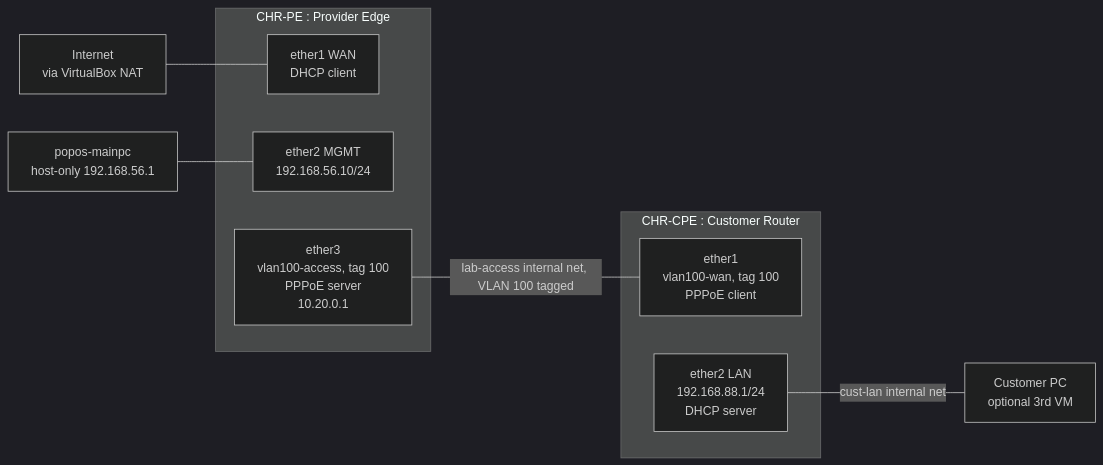
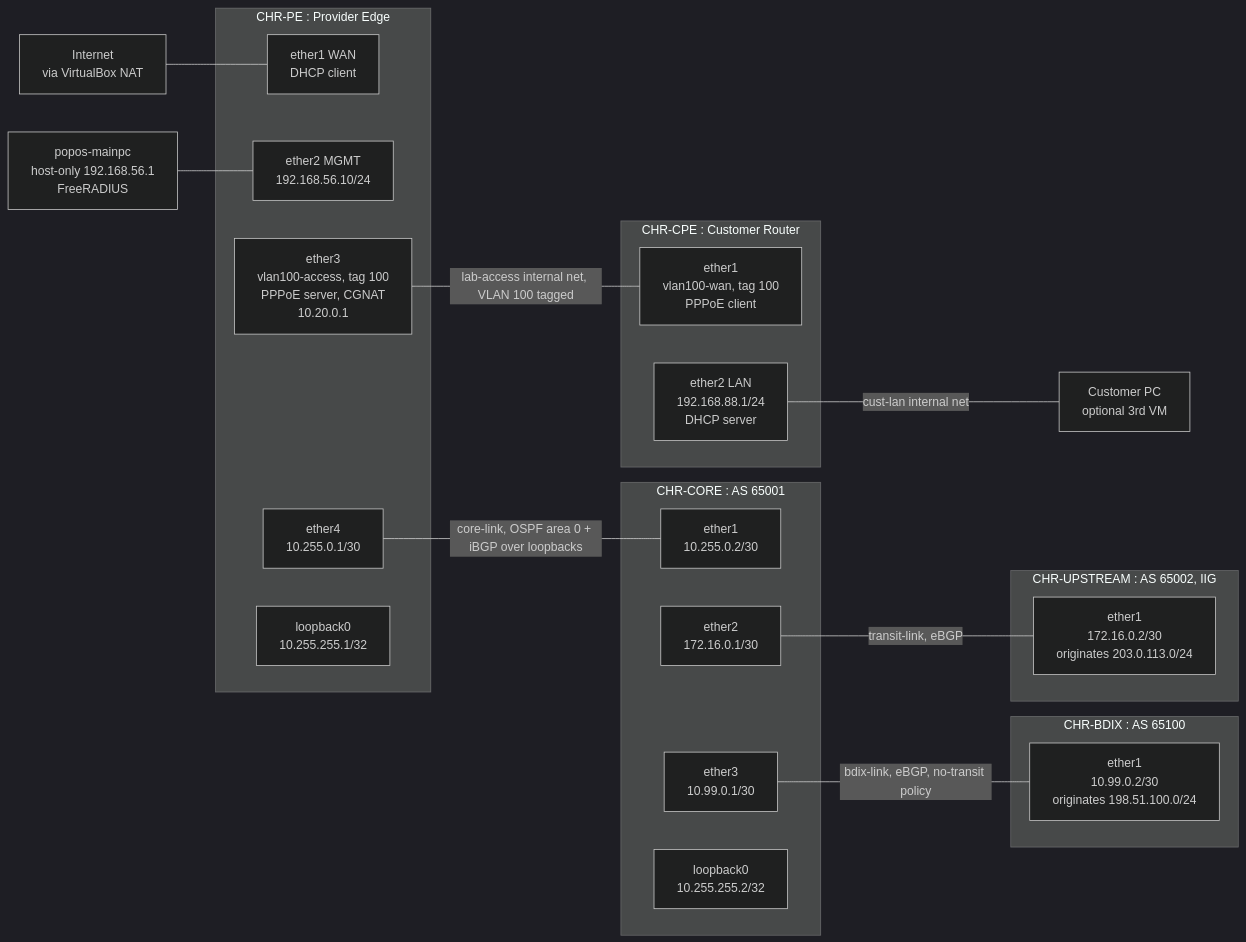
Before and after one commit to sakib2588/mikrotik-isp-lab: the diagram in README.md, drawn with Mermaid (dark theme). The commit also changed other lines of this file and 3 other files, not shown here.

````diff
--- a/README.md
+++ b/README.md
@@ -14,23 +15,43 @@
 ```mermaid
 graph LR
     NET[Internet<br/>via VirtualBox NAT]
-    HOST[popos-mainpc<br/>host-only 192.168.56.1]
+    HOST[popos-mainpc<br/>host-only 192.168.56.1<br/>FreeRADIUS]
 
     subgraph PE[CHR-PE : Provider Edge]
       PE1[ether1 WAN<br/>DHCP client]
       PE2[ether2 MGMT<br/>192.168.56.10/24]
-      PE3[ether3<br/>vlan100-access, tag 100<br/>PPPoE server<br/>10.20.0.1]
+      PE3[ether3<br/>vlan100-access, tag 100<br/>PPPoE server, CGNAT<br/>10.20.0.1]
+      PE4[ether4<br/>10.255.0.1/30]
+      PEL[loopback0<br/>10.255.255.1/32]
     end
 
     subgraph CPE[CHR-CPE : Customer Router]
       CE1[ether1<br/>vlan100-wan, tag 100<br/>PPPoE client]
       CE2[ether2 LAN<br/>192.168.88.1/24<br/>DHCP server]
+    end
+
+    subgraph CORE[CHR-CORE : AS 65001]
+      CO1[ether1<br/>10.255.0.2/30]
+      CO2[ether2<br/>172.16.0.1/30]
+      CO3[ether3<br/>10.99.0.1/30]
+      COL[loopback0<br/>10.255.255.2/32]
+    end
+
+    subgraph UP[CHR-UPSTREAM : AS 65002, IIG]
+      UP1[ether1<br/>172.16.0.2/30<br/>originates 203.0.113.0/24]
+    end
+
+    subgraph BDIX[CHR-BDIX : AS 65100]
+      BD1[ether1<br/>10.99.0.2/30<br/>originates 198.51.100.0/24]
     end
 
     CUST[Customer PC<br/>optional 3rd VM]
 
     NET --- PE1
     HOST --- PE2
     PE3 -- lab-access internal net, VLAN 100 tagged --- CE1
     CE2 -- cust-lan internal net --- CUST
+    PE4 -- core-link, OSPF area 0 + iBGP over loopbacks --- CO1
+    CO2 -- transit-link, eBGP --- UP1
+    CO3 -- bdix-link, eBGP, no-transit policy --- BD1
 ```
````
